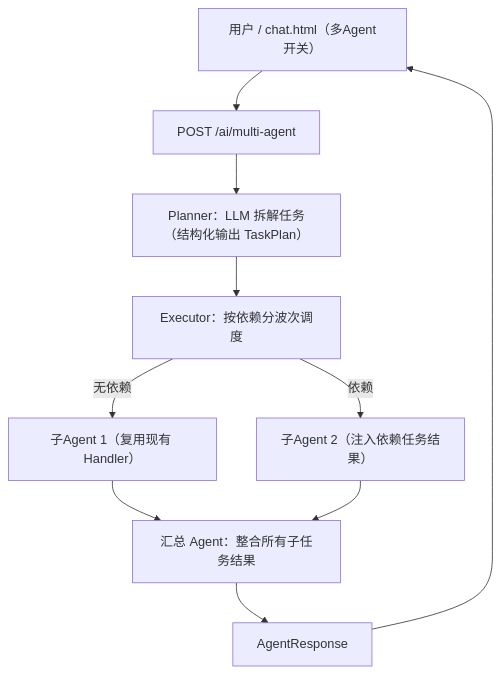
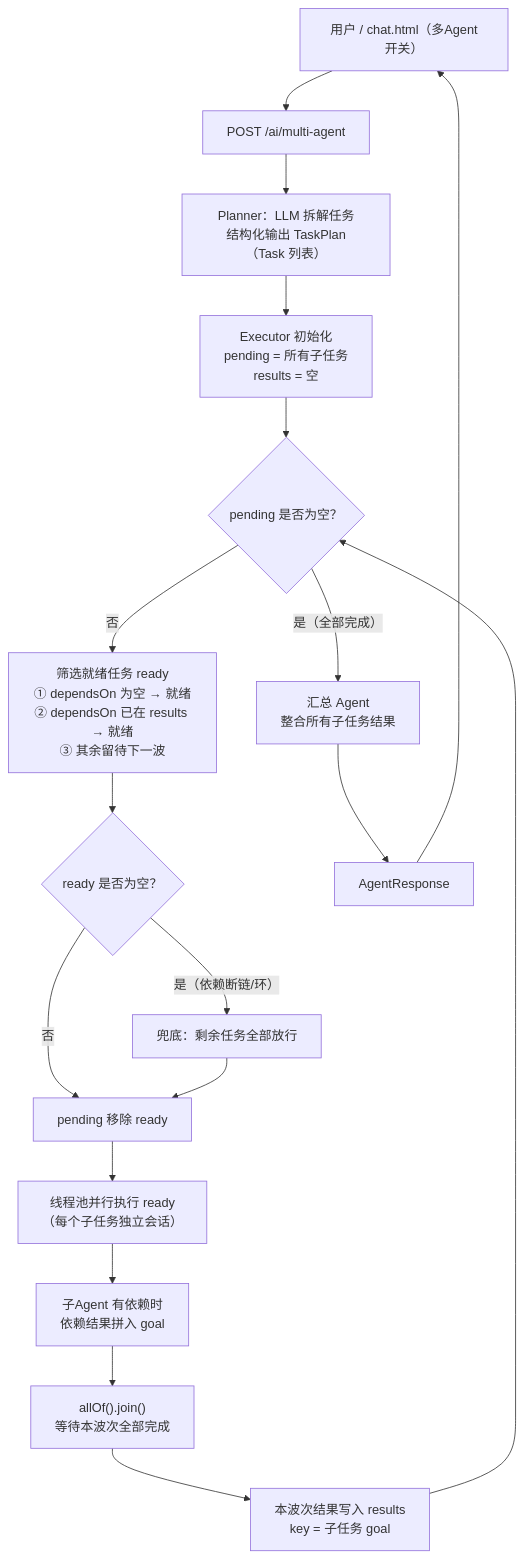
The second of 2 diagrams in README.md (hdwang123/sagent), drawn with Mermaid before and after one commit. The commit also changed other lines of this file, not shown here.

Commit message:
docs: 多Agent编排流程图细化Executor分波次循环执行过程

````diff
--- a/README.md
+++ b/README.md
@@ -71,12 +71,22 @@
 ```mermaid
 flowchart TD
     U2["用户 / chat.html（多Agent开关）"] --> P["POST /ai/multi-agent"]
-    P --> PL["Planner：LLM 拆解任务（结构化输出 TaskPlan）"]
-    PL --> EX["Executor：按依赖分波次调度"]
-    EX -->|"无依赖"| S1["子Agent 1（复用现有 Handler）"]
-    EX -->|"依赖"| S2["子Agent 2（注入依赖任务结果）"]
-    S1 --> AG["汇总 Agent：整合所有子任务结果"]
-    S2 --> AG
-    AG --> A2["AgentResponse"]
-    A2 --> U2
+    P --> PL["Planner：LLM 拆解任务<br/>结构化输出 TaskPlan（Task 列表）"]
+    PL --> INIT["Executor 初始化<br/>pending = 所有子任务<br/>results = 空"]
+
+    INIT --> WHILE{"pending 是否为空？"}
+    WHILE -- "否" --> FILTER["筛选就绪任务 ready<br/>① dependsOn 为空 → 就绪<br/>② dependsOn 已在 results → 就绪<br/>③ 其余留待下一波"]
+    FILTER --> EMPTY{"ready 是否为空？"}
+    EMPTY -- "是（依赖断链/环）" --> FALLBACK["兜底：剩余任务全部放行"]
+    EMPTY -- "否" --> REMOVE["pending 移除 ready"]
+    FALLBACK --> REMOVE
+    REMOVE --> RUN["线程池并行执行 ready<br/>（每个子任务独立会话）"]
+    RUN --> INJECT["子Agent 有依赖时<br/>依赖结果拼入 goal"]
+    INJECT --> JOIN["allOf().join()<br/>等待本波次全部完成"]
+    JOIN --> STORE["本波次结果写入 results<br/>key = 子任务 goal"]
+    STORE --> WHILE
+
+    WHILE -- "是（全部完成）" --> AGG["汇总 Agent<br/>整合所有子任务结果"]
+    AGG --> RESP["AgentResponse"]
+    RESP --> U2
 ```
````
